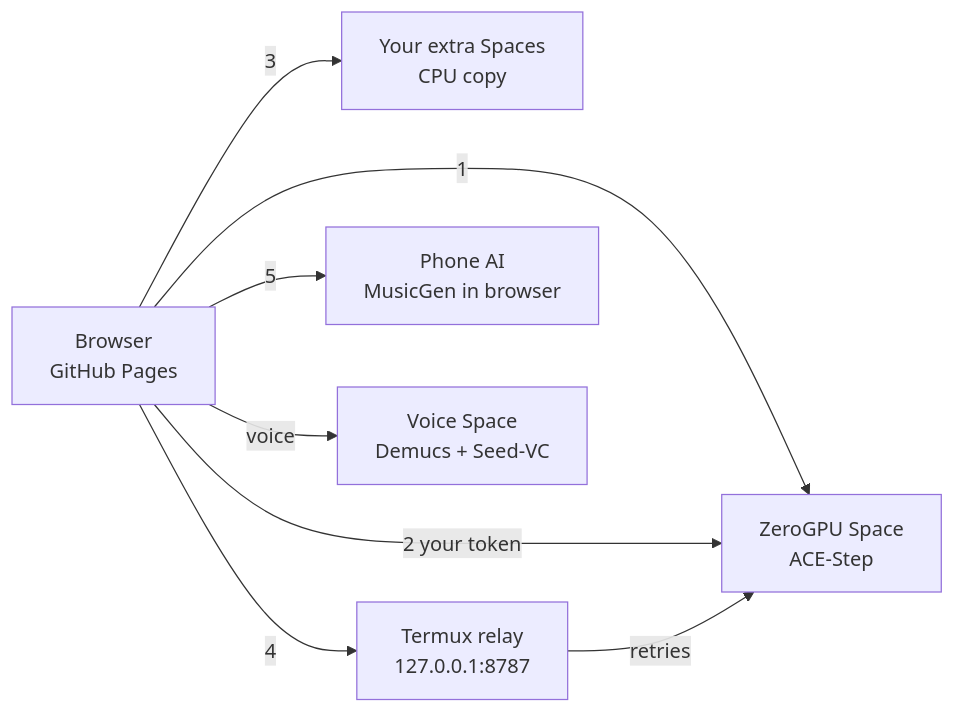
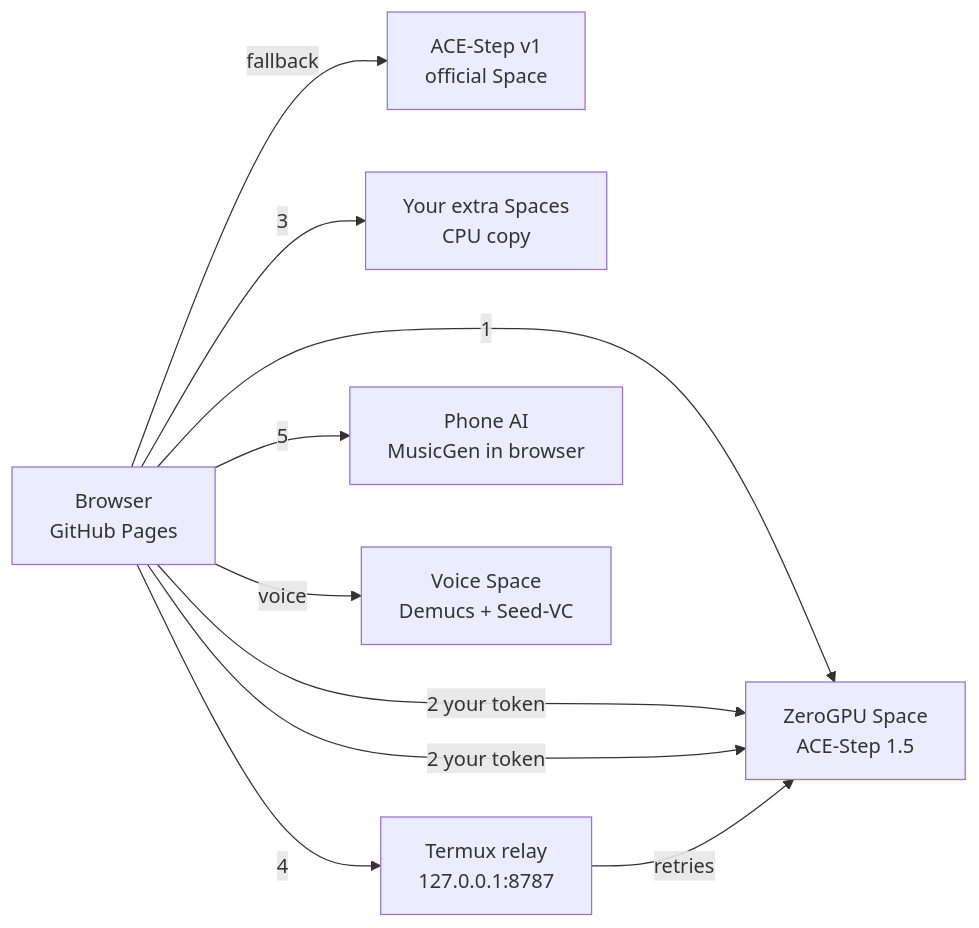
One commit to akingstar/AkStudioFreeai changed the diagram in README.md. Above: the diagram before and after it, drawn with Mermaid. The commit also changed other lines of this file and 5 other files, not shown here.

First line of the commit message:
Add ACE-Step v1 as second music engine and official Seed-VC fallback

````diff
--- a/README.md
+++ b/README.md
@@ -17,10 +18,12 @@
 ```mermaid
 flowchart LR
-  B[Browser<br/>GitHub Pages] -->|1| Z[ZeroGPU Space<br/>ACE-Step]
+  B[Browser<br/>GitHub Pages] -->|1| Z[ZeroGPU Space<br/>ACE-Step 1.5]
+  B -->|fallback| Z1[ACE-Step v1<br/>official Space]
+  B -->|2 your token| Z
   B -->|2 your token| Z
   B -->|3| X[Your extra Spaces<br/>CPU copy]
   B -->|4| R[Termux relay<br/>127.0.0.1:8787]
   R -->|retries| Z
   B -->|5| P[Phone AI<br/>MusicGen in browser]
   B -->|voice| V[Voice Space<br/>Demucs + Seed-VC]
 ```
````
